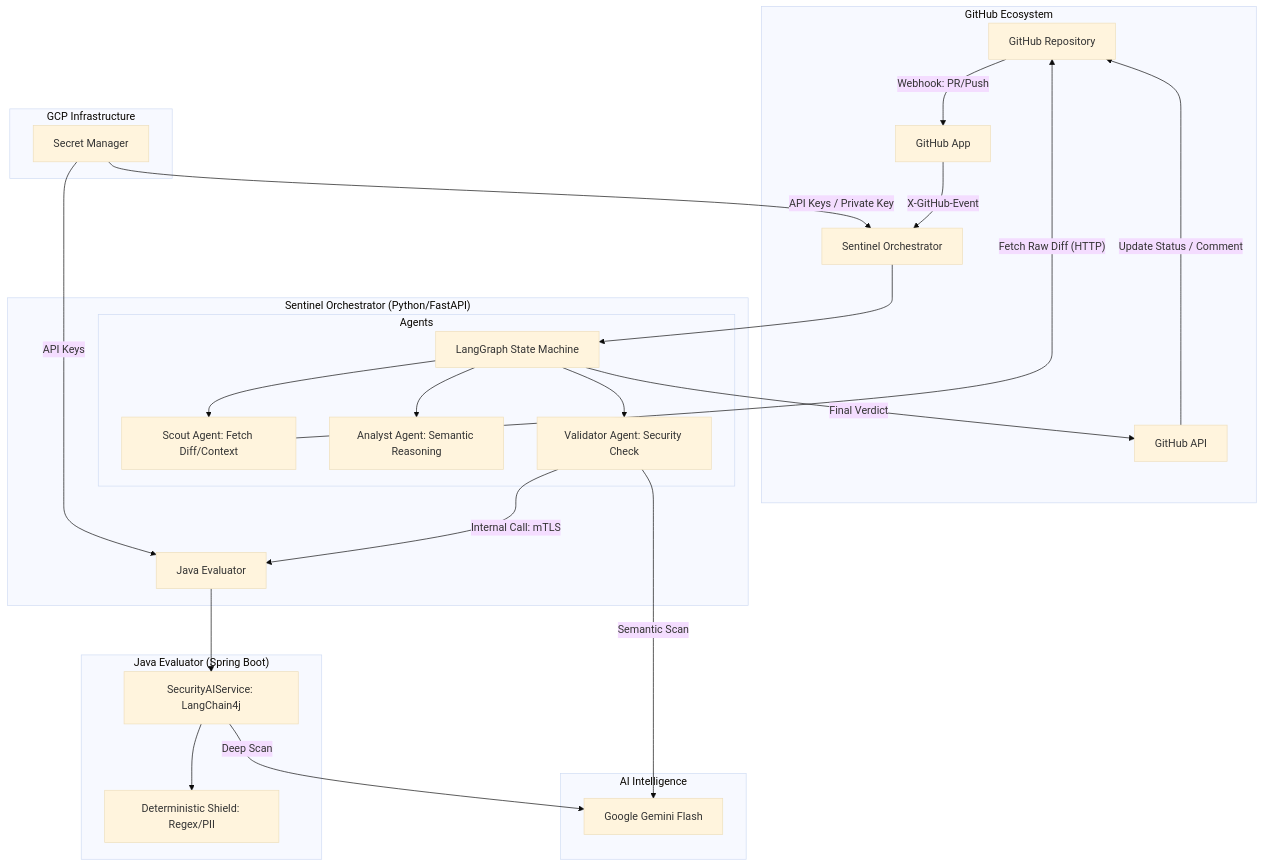
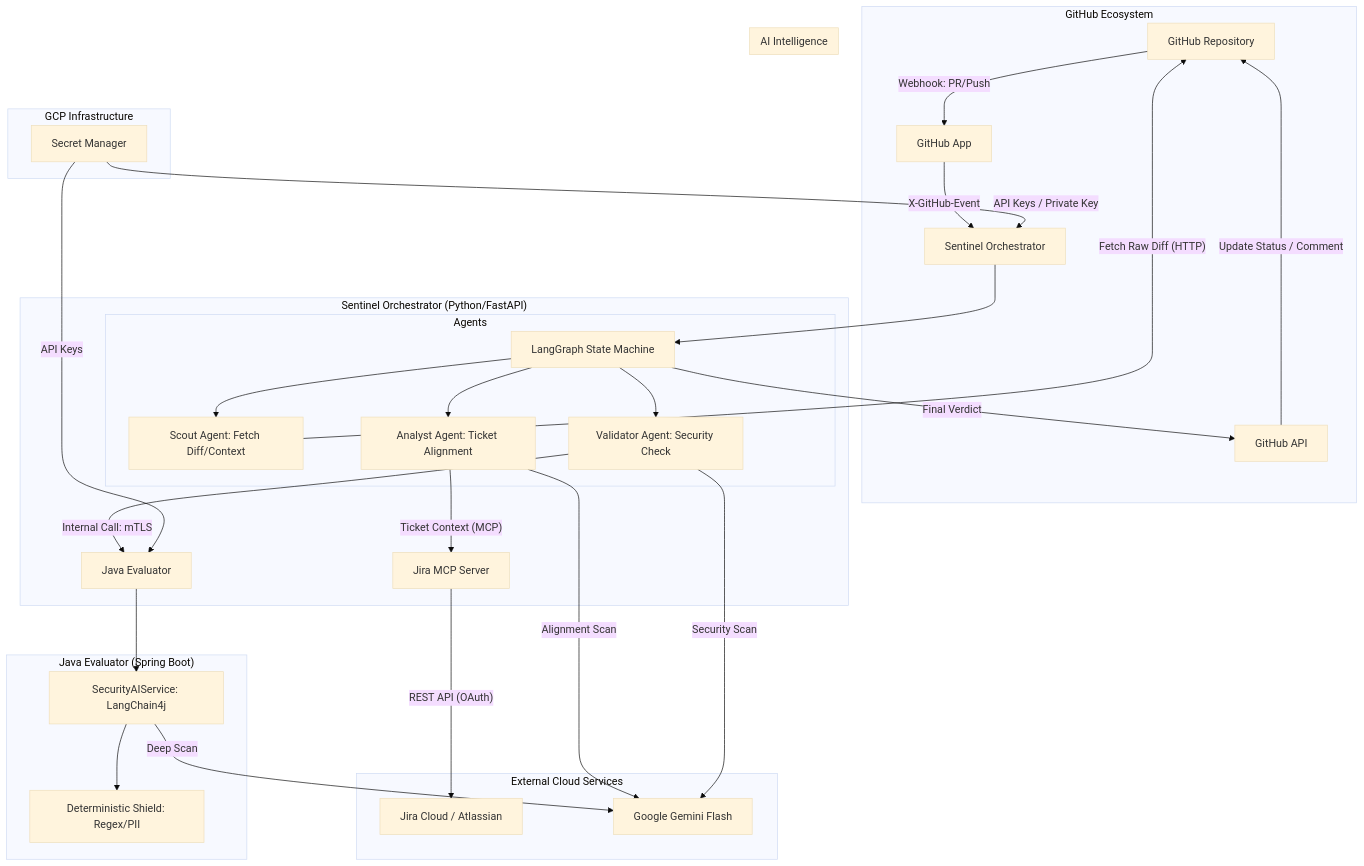
The diagram in README.md (tbrom/pr-compliance-agent), drawn with Mermaid (base theme) before and after one commit.

Commit message:
docs: Add external Jira API flow to architecture diagram

````diff
--- a/README.md
+++ b/README.md
@@ -11,35 +11,42 @@
 ```mermaid
 graph TB
     subgraph "GitHub Ecosystem"
         A[GitHub Repository] -- Webhook: PR/Push --> B[GitHub App]
         B -- X-GitHub-Event --> C[Sentinel Orchestrator]
         K[GitHub API] -- Update Status / Comment --> A
     end
 
     subgraph "Sentinel Orchestrator (Python/FastAPI)"
         C --> D[LangGraph State Machine]
         subgraph "Agents"
             D --> E[Scout Agent: Fetch Diff/Context]
-            D --> F[Analyst Agent: Semantic Reasoning]
+            D --> F[Analyst Agent: Ticket Alignment]
             D --> G[Validator Agent: Security Check]
         end
         E -- Fetch Raw Diff (HTTP) --> A
+        F -- Ticket Context (MCP) --> N[Jira MCP Server]
         G -- Internal Call: mTLS --> H[Java Evaluator]
         D -- Final Verdict --> K
+    end
+
+    subgraph "External Cloud Services"
+        N -- REST API (OAuth) --> O[Jira Cloud / Atlassian]
+        L
     end
 
     subgraph "Java Evaluator (Spring Boot)"
         H --> I[SecurityAIService: LangChain4j]
         I --> J[Deterministic Shield: Regex/PII]
     end
 
     subgraph "AI Intelligence"
-        G -- Semantic Scan --> L[Google Gemini Flash]
+        F -- Alignment Scan --> L[Google Gemini Flash]
+        G -- Security Scan --> L
         I -- Deep Scan --> L
     end
 
     subgraph "GCP Infrastructure"
         M[Secret Manager] -- API Keys / Private Key --> C
         M -- API Keys --> H
     end
 ```
````
